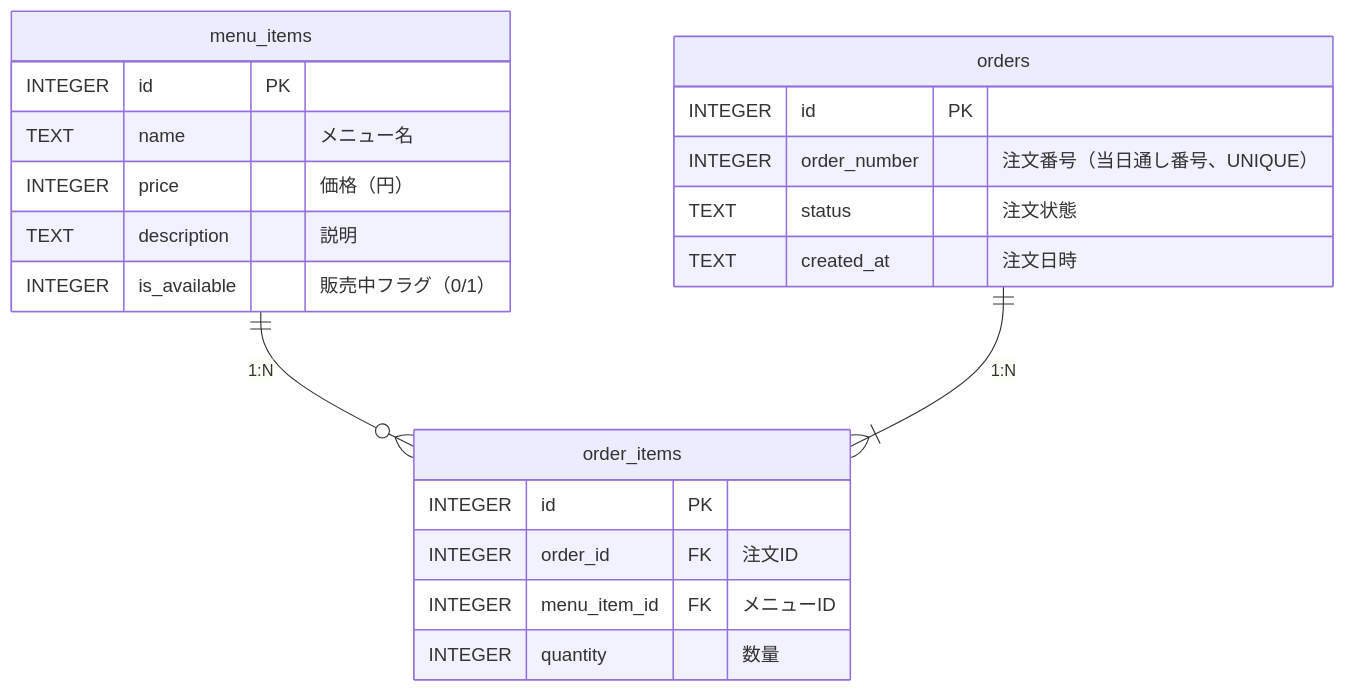
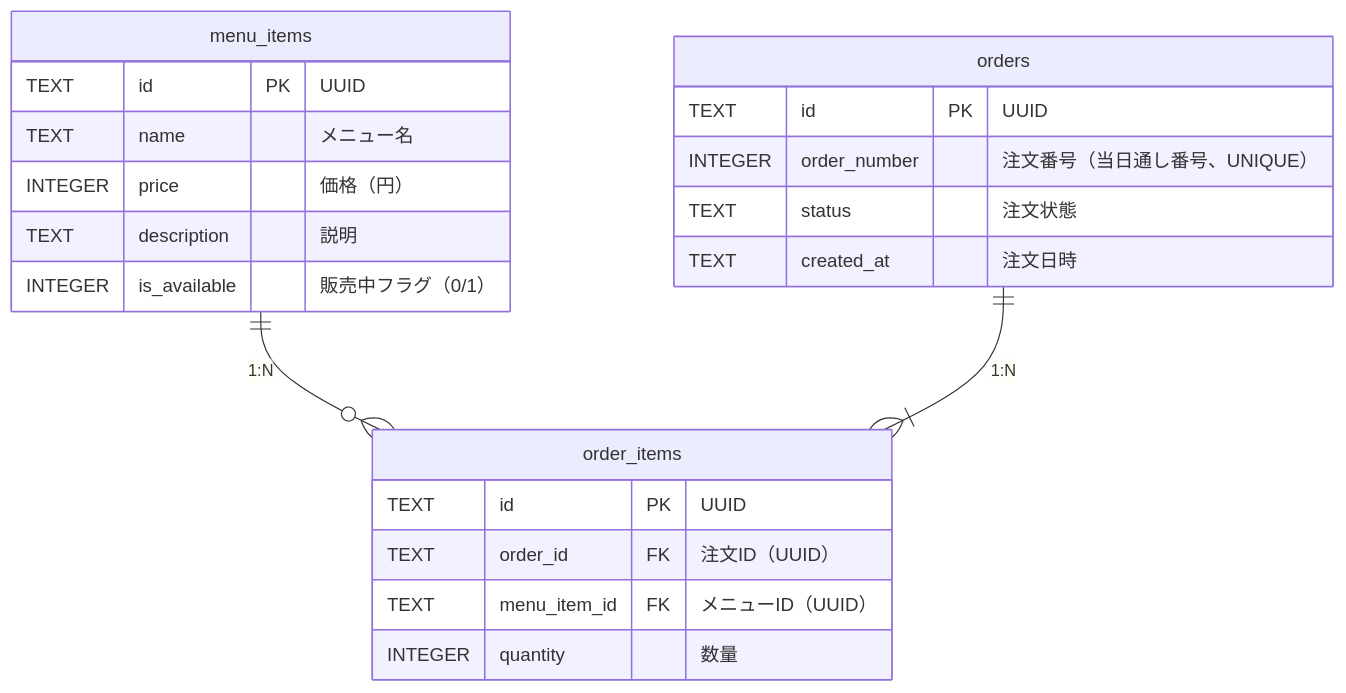
Before and after one commit to gdsc-osaka/coffee-dx: the diagram in docs/design/db.md, drawn with Mermaid. The commit also changed other lines of this file, not shown here.

````diff
--- a/docs/design/db.md
+++ b/docs/design/db.md
@@ -9,28 +27,28 @@
 ```mermaid
 erDiagram
     menu_items ||--o{ order_items : "1:N"
     orders ||--|{ order_items : "1:N"
 
     menu_items {
-        INTEGER id PK
+        TEXT id PK "UUID"
         TEXT name "メニュー名"
         INTEGER price "価格（円）"
         TEXT description "説明"
         INTEGER is_available "販売中フラグ（0/1）"
     }
 
     orders {
-        INTEGER id PK
+        TEXT id PK "UUID"
         INTEGER order_number "注文番号（当日通し番号、UNIQUE）"
         TEXT status "注文状態"
         TEXT created_at "注文日時"
     }
 
     order_items {
-        INTEGER id PK
-        INTEGER order_id FK "注文ID"
-        INTEGER menu_item_id FK "メニューID"
+        TEXT id PK "UUID"
+        TEXT order_id FK "注文ID（UUID）"
+        TEXT menu_item_id FK "メニューID（UUID）"
         INTEGER quantity "数量"
     }
 
 ```
````
